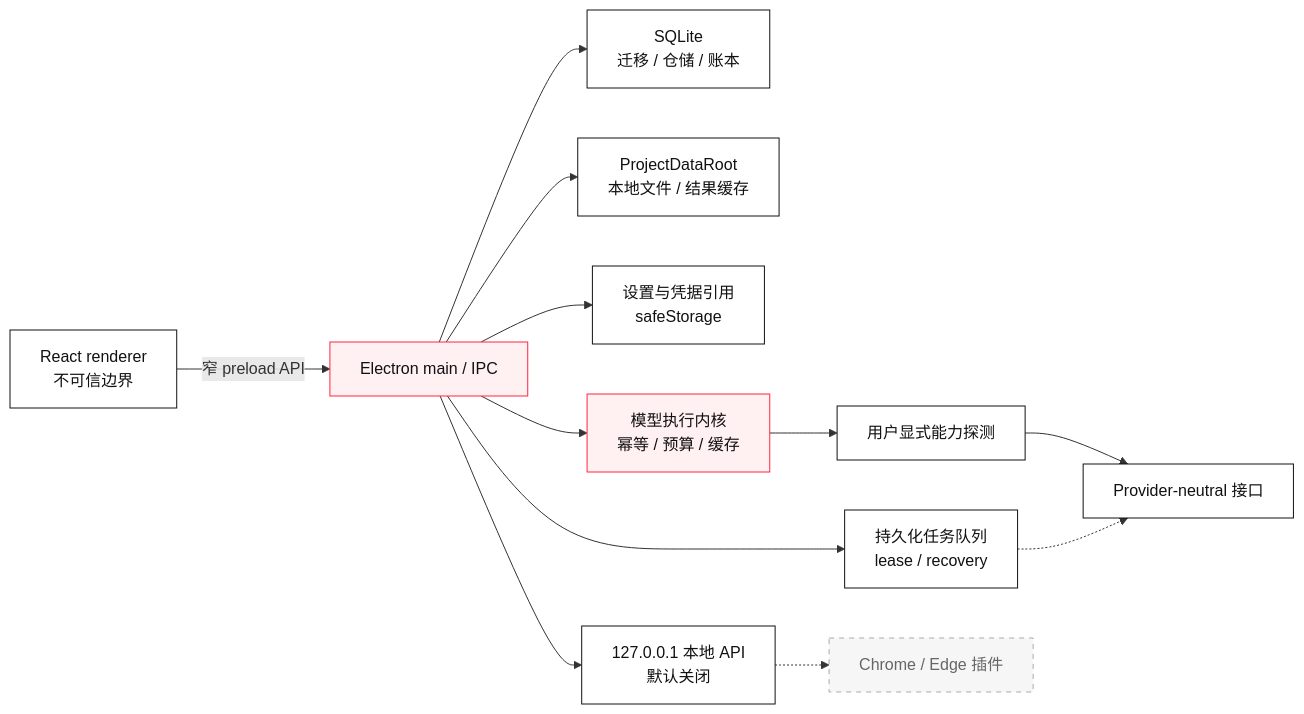
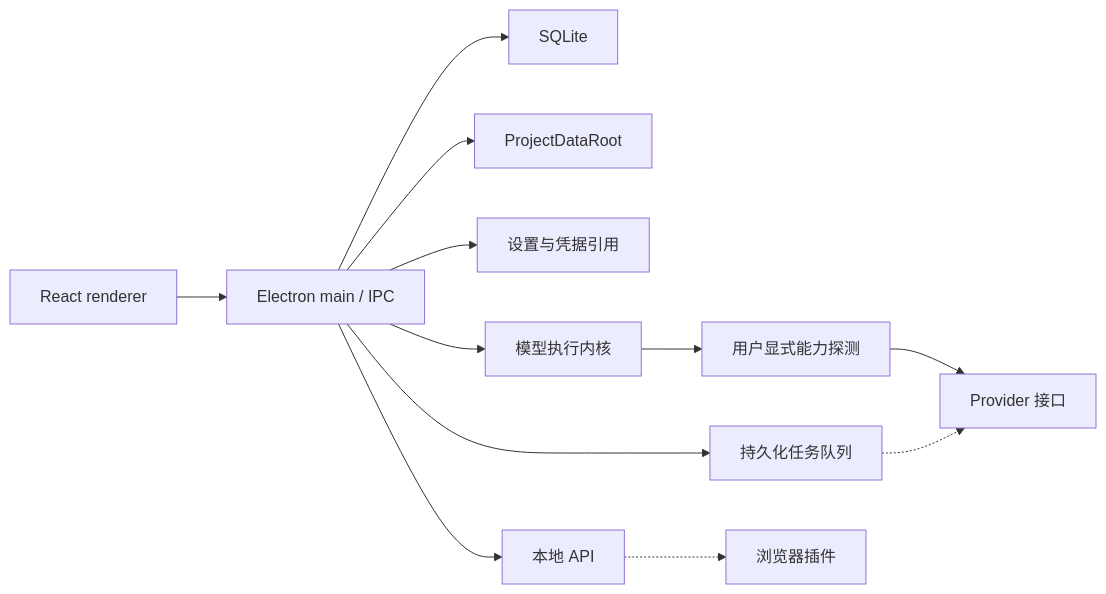
One commit to KAtOReNA7/Rednote-Automated-Operation-Tool changed the second of 2 diagrams in README.md. Above: the diagram before and after it, drawn with Mermaid.

Commit message:
docs(readme): simplify architecture diagram

````diff
--- a/README.md
+++ b/README.md
@@ -140,22 +140,14 @@
 ```mermaid
 flowchart LR
-    UI["React renderer<br/>不可信边界"] -->|"窄 preload API"| MAIN["Electron main / IPC"]
-    MAIN --> DB["SQLite<br/>迁移 / 仓储 / 账本"]
-    MAIN --> FS["ProjectDataRoot<br/>本地文件 / 结果缓存"]
-    MAIN --> QUEUE["持久化任务队列<br/>lease / recovery"]
-    MAIN --> SETTINGS["设置与凭据引用<br/>safeStorage"]
-    MAIN --> API["127.0.0.1 本地 API<br/>默认关闭"]
-    MAIN --> EXEC["模型执行内核<br/>幂等 / 预算 / 缓存"]
-    EXEC --> PROBE["用户显式能力探测"]
-    PROBE --> PROVIDERS["Provider-neutral 接口"]
-
-    API -.-> CLIPPER["Chrome / Edge 插件"]
+    UI["React renderer"] --> MAIN["Electron main / IPC"]
+    MAIN --> DB["SQLite"]
+    MAIN --> FS["ProjectDataRoot"]
+    MAIN --> QUEUE["持久化任务队列"]
+    MAIN --> SETTINGS["设置与凭据引用"]
+    MAIN --> API["本地 API"]
+    MAIN --> MODEL["模型执行内核"]
+    MODEL --> PROBE["用户显式能力探测"]
+    PROBE --> PROVIDERS["Provider 接口"]
+    API -.-> CLIPPER["浏览器插件"]
     QUEUE -.-> PROVIDERS
-
-    classDef core fill:#fff0f2,stroke:#ff2442,color:#111;
-    classDef safe fill:#fff,stroke:#111,color:#111;
-    classDef future fill:#f6f6f6,stroke:#aaa,color:#666,stroke-dasharray:5 5;
-    class MAIN,EXEC core;
-    class UI,DB,FS,QUEUE,SETTINGS,API,PROBE,PROVIDERS safe;
-    class CLIPPER future;
 ```
````
